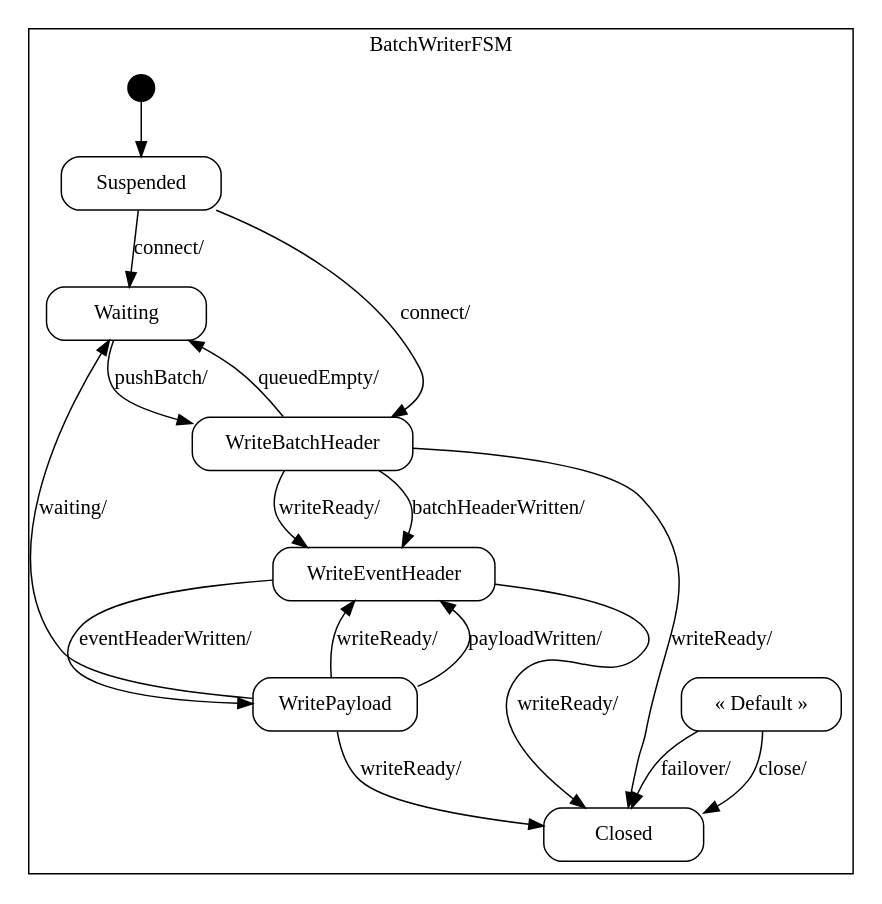
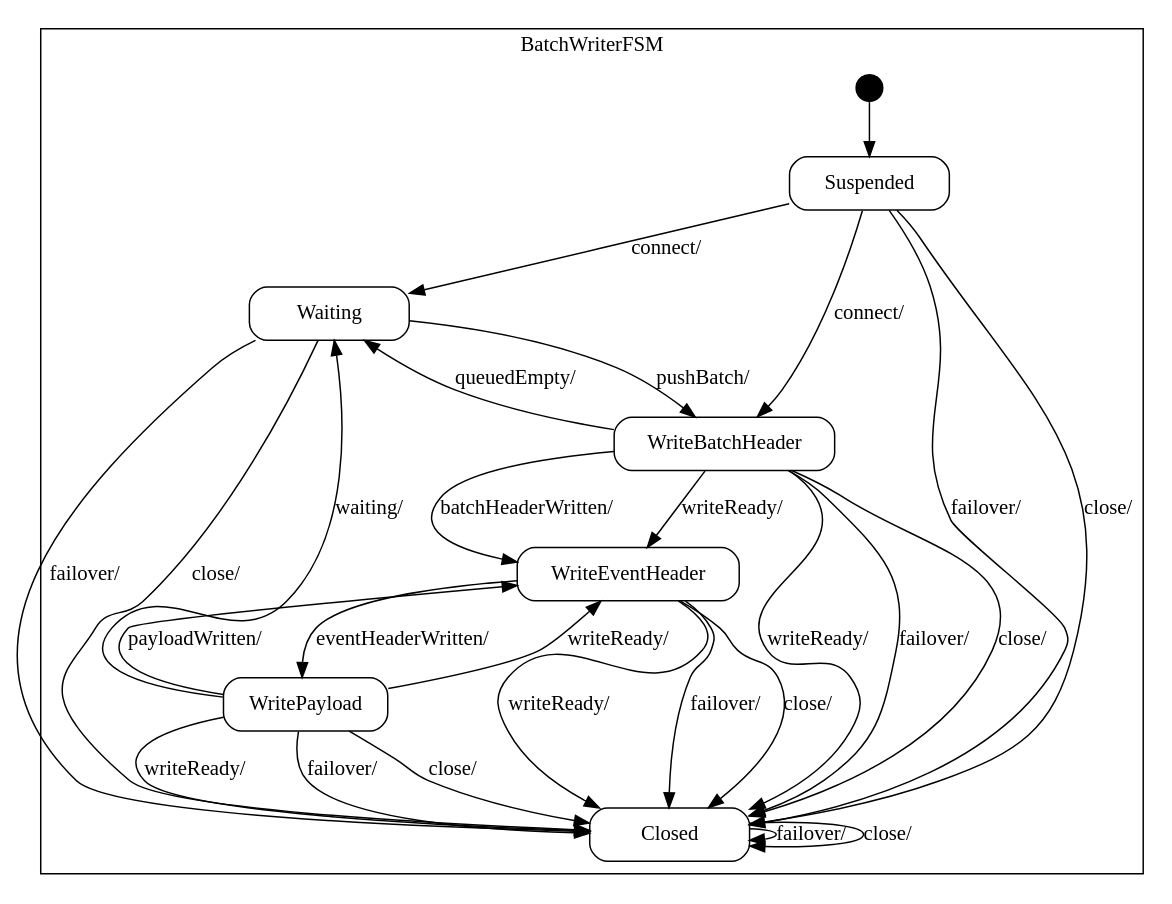
Before and after one commit to vmehra-sfdc/Ouroboros: the diagram in producer/doc/BatchWriter_sm.dot, drawn with Graphviz. The commit also changed 37 other files, not shown here.

```diff
--- a/producer/doc/BatchWriter_sm.dot
+++ b/producer/doc/BatchWriter_sm.dot
@@ -1,90 +1,117 @@
-digraph BatchWriter_sm {
+digraph BatchWriter {
 
     node
         [shape=Mrecord width=1.5];
 
     subgraph cluster_BatchWriterFSM {
 
         label="BatchWriterFSM";
 
         //
         // States (Nodes)
         //
 
         "BatchWriterFSM::Suspended"
             [label="{Suspended}"];
 
         "BatchWriterFSM::Waiting"
             [label="{Waiting}"];
 
         "BatchWriterFSM::WriteBatchHeader"
             [label="{WriteBatchHeader}"];
 
         "BatchWriterFSM::WriteEventHeader"
             [label="{WriteEventHeader}"];
 
         "BatchWriterFSM::WritePayload"
             [label="{WritePayload}"];
 
         "BatchWriterFSM::Closed"
             [label="{Closed}"];
 
-        "BatchWriterFSM::DefaultState"
-            [label="{&laquo; Default &raquo;}"];
-
         "%start"
             [label="" shape=circle style=filled fillcolor=black width=0.25];
 
         //
         // Transitions (Edges)
         //
 
         "BatchWriterFSM::Suspended" -> "BatchWriterFSM::WriteBatchHeader"
             [label="connect/\l"];
 
         "BatchWriterFSM::Suspended" -> "BatchWriterFSM::Waiting"
             [label="connect/\l"];
 
+        "BatchWriterFSM::Suspended" -> "BatchWriterFSM::Closed"
+            [label="failover/\l"];
+
+        "BatchWriterFSM::Suspended" -> "BatchWriterFSM::Closed"
+            [label="close/\l"];
+
         "BatchWriterFSM::Waiting" -> "BatchWriterFSM::WriteBatchHeader"
             [label="pushBatch/\l"];
+
+        "BatchWriterFSM::Waiting" -> "BatchWriterFSM::Closed"
+            [label="failover/\l"];
+
+        "BatchWriterFSM::Waiting" -> "BatchWriterFSM::Closed"
+            [label="close/\l"];
 
         "BatchWriterFSM::WriteBatchHeader" -> "BatchWriterFSM::Closed"
             [label="writeReady/\l"];
 
         "BatchWriterFSM::WriteBatchHeader" -> "BatchWriterFSM::WriteEventHeader"
             [label="writeReady/\l"];
 
         "BatchWriterFSM::WriteBatchHeader" -> "BatchWriterFSM::WriteEventHeader"
             [label="batchHeaderWritten/\l"];
 
         "BatchWriterFSM::WriteBatchHeader" -> "BatchWriterFSM::Waiting"
             [label="queuedEmpty/\l"];
 
+        "BatchWriterFSM::WriteBatchHeader" -> "BatchWriterFSM::Closed"
+            [label="failover/\l"];
+
+        "BatchWriterFSM::WriteBatchHeader" -> "BatchWriterFSM::Closed"
+            [label="close/\l"];
+
         "BatchWriterFSM::WriteEventHeader" -> "BatchWriterFSM::Closed"
             [label="writeReady/\l"];
 
         "BatchWriterFSM::WriteEventHeader" -> "BatchWriterFSM::WritePayload"
             [label="eventHeaderWritten/\l"];
+
+        "BatchWriterFSM::WriteEventHeader" -> "BatchWriterFSM::Closed"
+            [label="failover/\l"];
+
+        "BatchWriterFSM::WriteEventHeader" -> "BatchWriterFSM::Closed"
+            [label="close/\l"];
 
         "BatchWriterFSM::WritePayload" -> "BatchWriterFSM::Closed"
             [label="writeReady/\l"];
 
         "BatchWriterFSM::WritePayload" -> "BatchWriterFSM::WriteEventHeader"
             [label="writeReady/\l"];
 
         "BatchWriterFSM::WritePayload" -> "BatchWriterFSM::WriteEventHeader"
             [label="payloadWritten/\l"];
 
         "BatchWriterFSM::WritePayload" -> "BatchWriterFSM::Waiting"
             [label="waiting/\l"];
 
-        "BatchWriterFSM::DefaultState" -> "BatchWriterFSM::Closed"
+        "BatchWriterFSM::WritePayload" -> "BatchWriterFSM::Closed"
             [label="failover/\l"];
 
-        "BatchWriterFSM::DefaultState" -> "BatchWriterFSM::Closed"
+        "BatchWriterFSM::WritePayload" -> "BatchWriterFSM::Closed"
+            [label="close/\l"];
+
+        "BatchWriterFSM::Closed" -> "BatchWriterFSM::Closed"
+            [label="failover/\l"];
+
+        "BatchWriterFSM::Closed" -> "BatchWriterFSM::Closed"
             [label="close/\l"];
 
         "%start" -> "BatchWriterFSM::Suspended"
     }
 
 }
```
